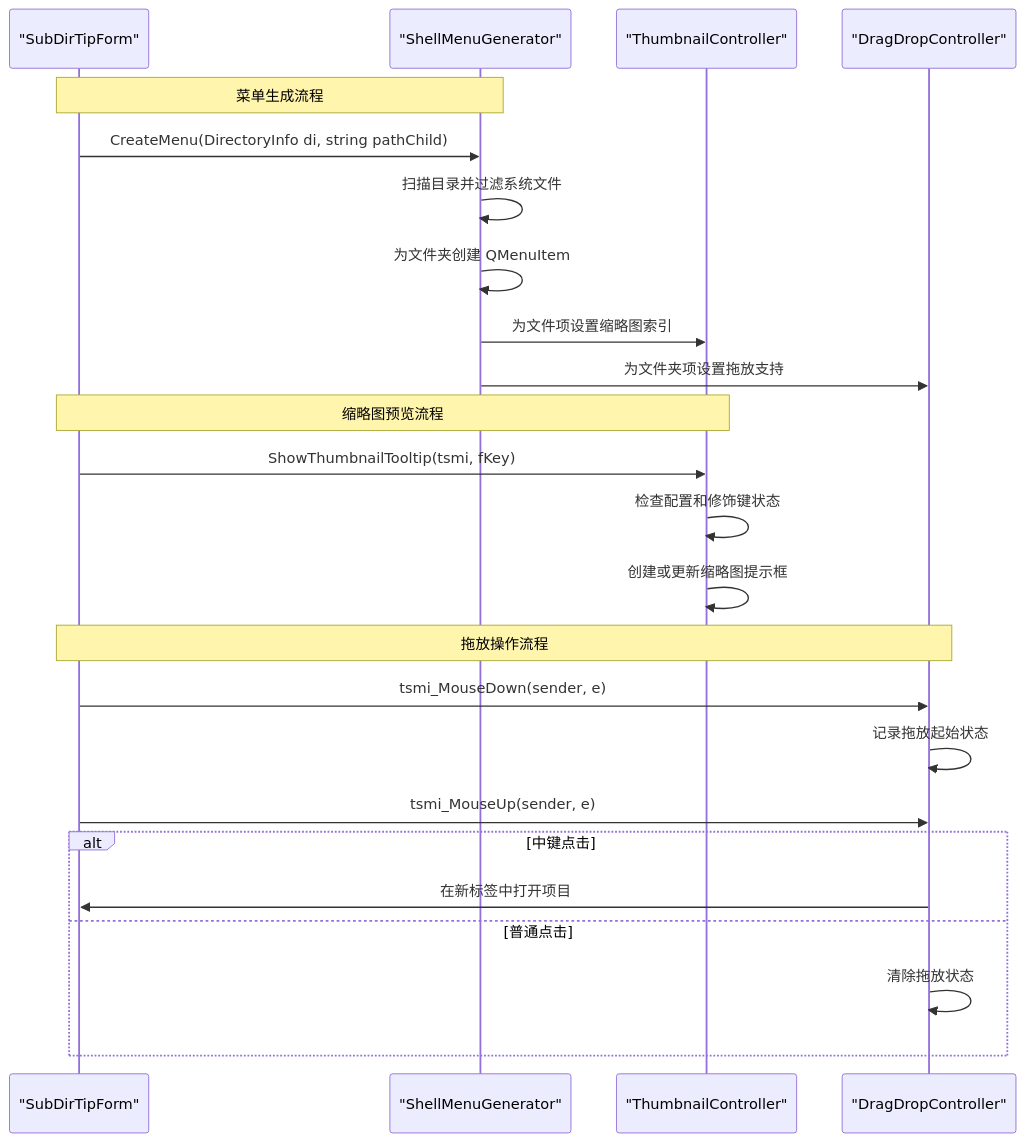
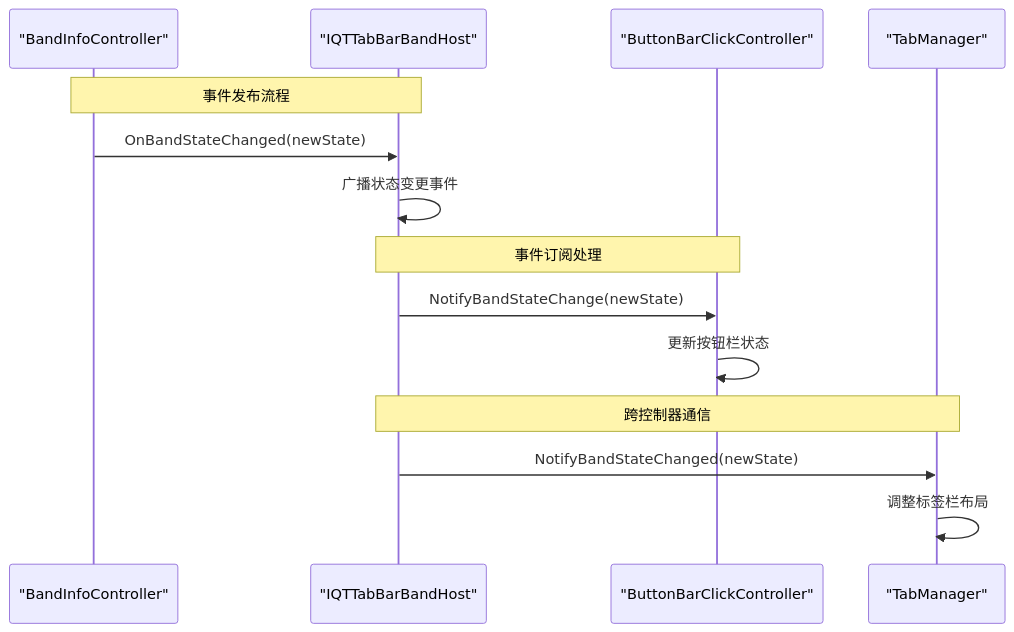
The seventh of 8 diagrams in .qoder/repowiki/zh/content/架构设计/UI 组件体系.md (rainiva/QTTabBar-Next), drawn with Mermaid before and after one commit. The commit also changed other lines of this file and 415 other files, not shown here.

First line of the commit message:
refactor(wave20): meet cluster root-cure target with host/controller extraction

````diff
--- a/.qoder/repowiki/zh/content/架构设计/UI 组件体系.md
+++ b/.qoder/repowiki/zh/content/架构设计/UI 组件体系.md
@@ -1828,26 +623,16 @@
 ```mermaid
 sequenceDiagram
-participant SubDirTip as "SubDirTipForm"
-participant ShellMenuGen as "ShellMenuGenerator"
-participant ThumbCtrl as "ThumbnailController"
-participant DragDropCtrl as "DragDropController"
-Note over SubDirTip,ShellMenuGen : 菜单生成流程
-SubDirTip->>ShellMenuGen : CreateMenu(DirectoryInfo di, string pathChild)
-ShellMenuGen->>ShellMenuGen : 扫描目录并过滤系统文件
-ShellMenuGen->>ShellMenuGen : 为文件夹创建 QMenuItem
-ShellMenuGen->>ThumbCtrl : 为文件项设置缩略图索引
-ShellMenuGen->>DragDropCtrl : 为文件夹项设置拖放支持
-Note over SubDirTip,ThumbCtrl : 缩略图预览流程
-SubDirTip->>ThumbCtrl : ShowThumbnailTooltip(tsmi, fKey)
-ThumbCtrl->>ThumbCtrl : 检查配置和修饰键状态
-ThumbCtrl->>ThumbCtrl : 创建或更新缩略图提示框
-Note over SubDirTip,DragDropCtrl : 拖放操作流程
-SubDirTip->>DragDropCtrl : tsmi_MouseDown(sender, e)
-DragDropCtrl->>DragDropCtrl : 记录拖放起始状态
-SubDirTip->>DragDropCtrl : tsmi_MouseUp(sender, e)
-alt 中键点击
-DragDropCtrl->>SubDirTip : 在新标签中打开项目
-else 普通点击
-DragDropCtrl->>DragDropCtrl : 清除拖放状态
-end
+participant CtrlA as "BandInfoController"
+participant Host as "IQTTabBarBandHost"
+participant CtrlB as "ButtonBarClickController"
+participant CtrlC as "TabManager"
+Note over CtrlA,Host : 事件发布流程
+CtrlA->>Host : OnBandStateChanged(newState)
+Host->>Host : 广播状态变更事件
+Note over Host,CtrlB : 事件订阅处理
+Host->>CtrlB : NotifyBandStateChange(newState)
+CtrlB->>CtrlB : 更新按钮栏状态
+Note over Host,CtrlC : 跨控制器通信
+Host->>CtrlC : NotifyBandStateChanged(newState)
+CtrlC->>CtrlC : 调整标签栏布局
 ```
````
